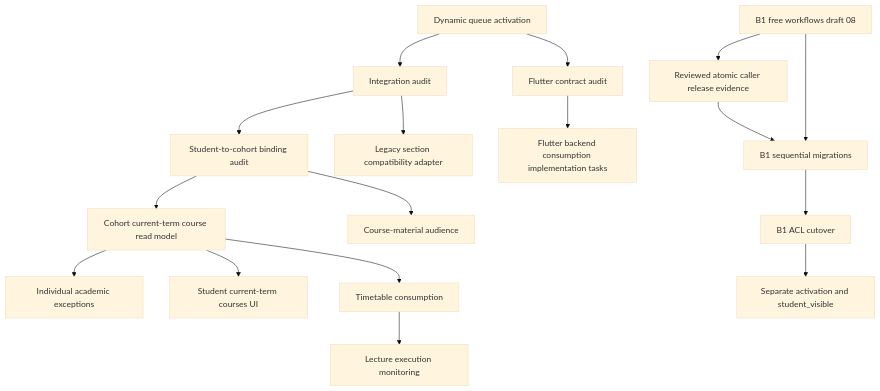
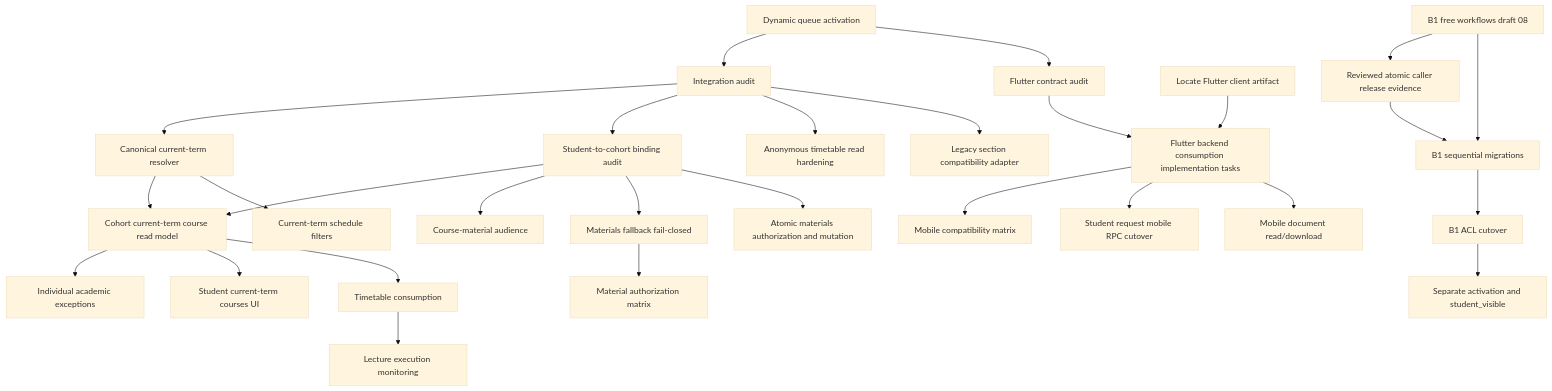
The diagram in docs/autopilot/DEPENDENCY-GRAPH.md (msorori-mh/saba-uni-portal), drawn with Mermaid (base theme) before and after one commit. The commit also changed 4 other files, not shown here.

````diff
--- a/docs/autopilot/DEPENDENCY-GRAPH.md
+++ b/docs/autopilot/DEPENDENCY-GRAPH.md
@@ -3,20 +3,31 @@
 ```mermaid
 flowchart TD
   Q[Dynamic queue activation] --> C[Integration audit]
   Q --> F[Flutter contract audit]
+  C --> CT[Canonical current-term resolver]
   C --> B[Student-to-cohort binding audit]
   B --> R[Cohort current-term course read model]
   R --> E[Individual academic exceptions]
+  CT --> R
+  CT --> SF[Current-term schedule filters]
+  C --> AH[Anonymous timetable read hardening]
   R --> U[Student current-term courses UI]
   R --> T[Timetable consumption]
   B --> M[Course-material audience]
+  B --> MF[Materials fallback fail-closed]
+  MF --> AM[Material authorization matrix]
+  B --> MA[Atomic materials authorization and mutation]
   T --> L[Lecture execution monitoring]
   C --> S[Legacy section compatibility adapter]
   F --> FB[Flutter backend consumption implementation tasks]
+  FA[Locate Flutter client artifact] --> FB
+  FB --> MC[Mobile compatibility matrix]
+  FB --> MR[Student request mobile RPC cutover]
+  FB --> MD[Mobile document read/download]
 
   W[B1 free workflows draft 08] --> REL[Reviewed atomic caller release evidence]
   REL --> MIG[B1 sequential migrations]
   W --> MIG
   MIG --> ACL[B1 ACL cutover]
   ACL --> VIS[Separate activation and student_visible]
 ```
````
